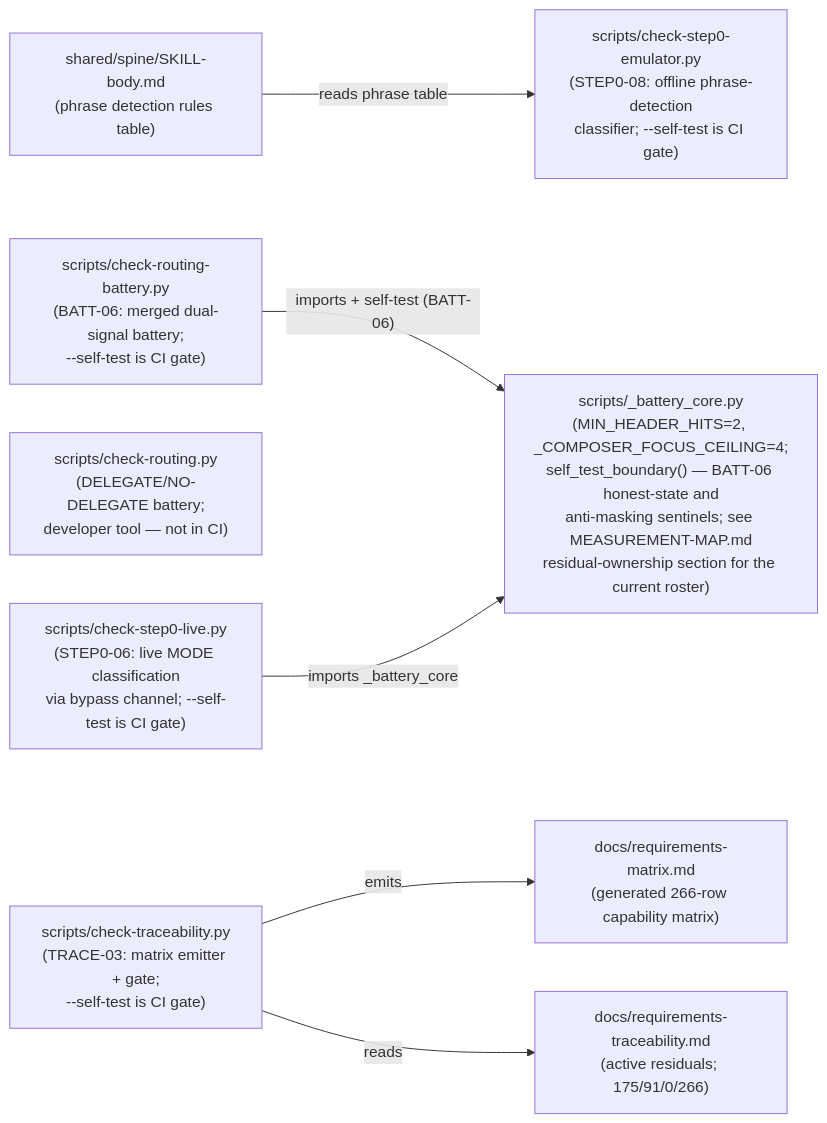
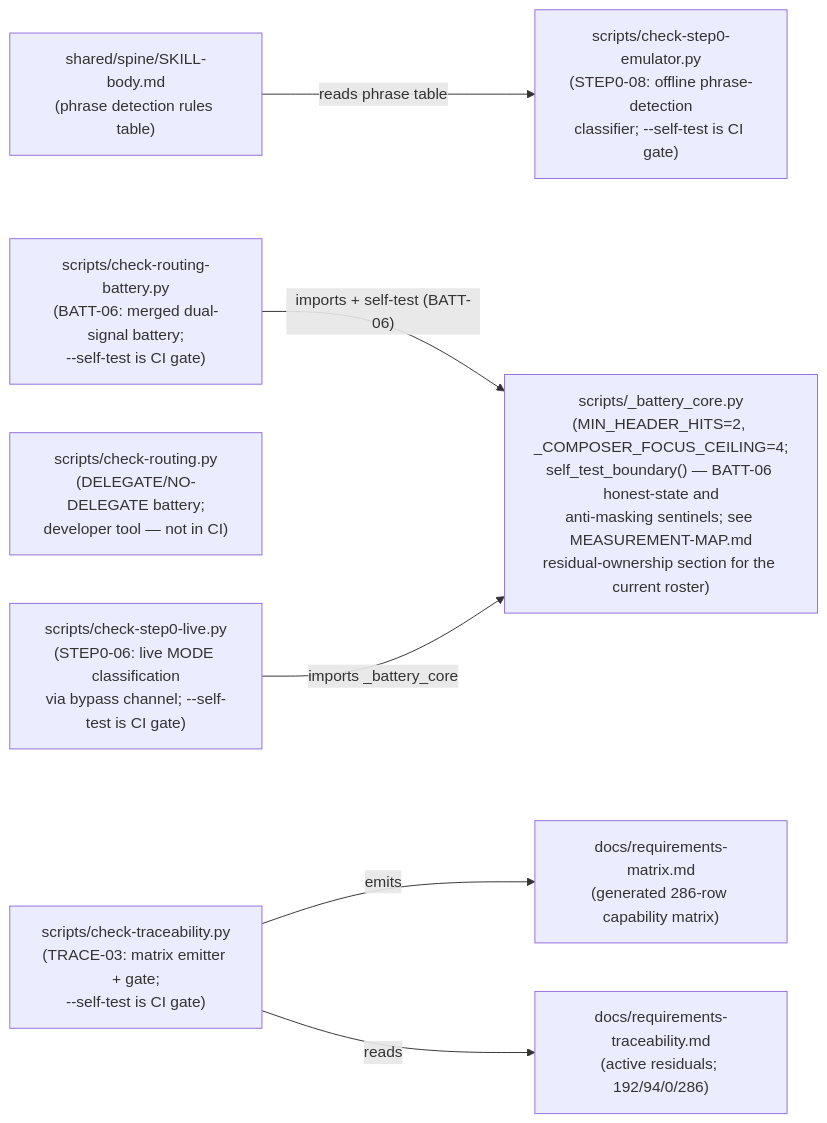
The second of 2 diagrams in docs/COMPONENT-DIAGRAM.md (chrisdavidson/first-principles-skill), drawn with Mermaid before and after one commit. The commit also changed 4 other files, not shown here.

````diff
--- a/docs/COMPONENT-DIAGRAM.md
+++ b/docs/COMPONENT-DIAGRAM.md
@@ -83,24 +83,24 @@
 ```mermaid
 flowchart LR
     SKILLBODY["shared/spine/SKILL-body.md\n(phrase detection rules table)"]
 
     CORE["scripts/_battery_core.py\n(MIN_HEADER_HITS=2, _COMPOSER_FOCUS_CEILING=4;\nself_test_boundary() — BATT-06 honest-state and\nanti-masking sentinels; see MEASUREMENT-MAP.md\nresidual-ownership section for the current roster)"]
 
     BATT["scripts/check-routing-battery.py\n(BATT-06: merged dual-signal battery;\n--self-test is CI gate)"]
     ROUTING["scripts/check-routing.py\n(DELEGATE/NO-DELEGATE battery;\ndeveloper tool — not in CI)"]
 
     EMU["scripts/check-step0-emulator.py\n(STEP0-08: offline phrase-detection\nclassifier; --self-test is CI gate)"]
     LIVE["scripts/check-step0-live.py\n(STEP0-06: live MODE classification\nvia bypass channel; --self-test is CI gate)"]
 
     TRACE["scripts/check-traceability.py\n(TRACE-03: matrix emitter + gate;\n--self-test is CI gate)"]
-    MATRIX["docs/requirements-matrix.md\n(generated 266-row capability matrix)"]
-    TRACEABILITY["docs/requirements-traceability.md\n(active residuals; 175/91/0/266)"]
+    MATRIX["docs/requirements-matrix.md\n(generated 286-row capability matrix)"]
+    TRACEABILITY["docs/requirements-traceability.md\n(active residuals; 192/94/0/286)"]
 
     SKILLBODY -->|"reads phrase table"| EMU
 
     BATT -->|"imports + self-test (BATT-06)"| CORE
     LIVE -->|"imports _battery_core"| CORE
 
     TRACE -->|"emits"| MATRIX
     TRACE -->|"reads"| TRACEABILITY
 ```
````
